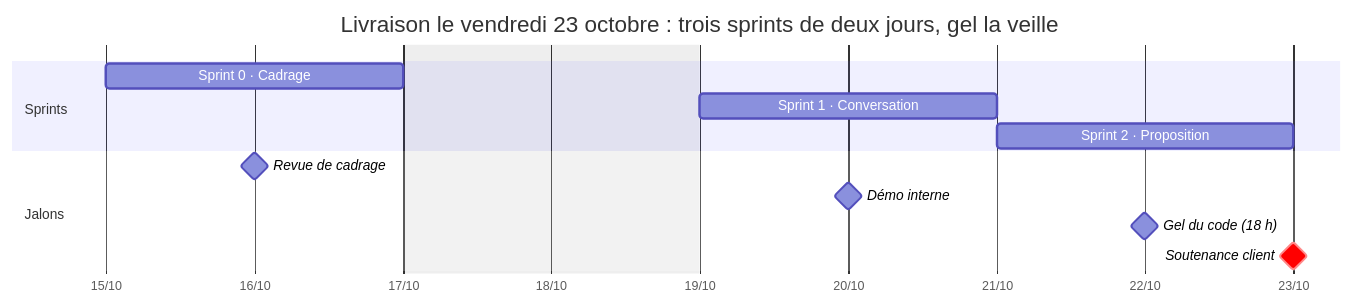
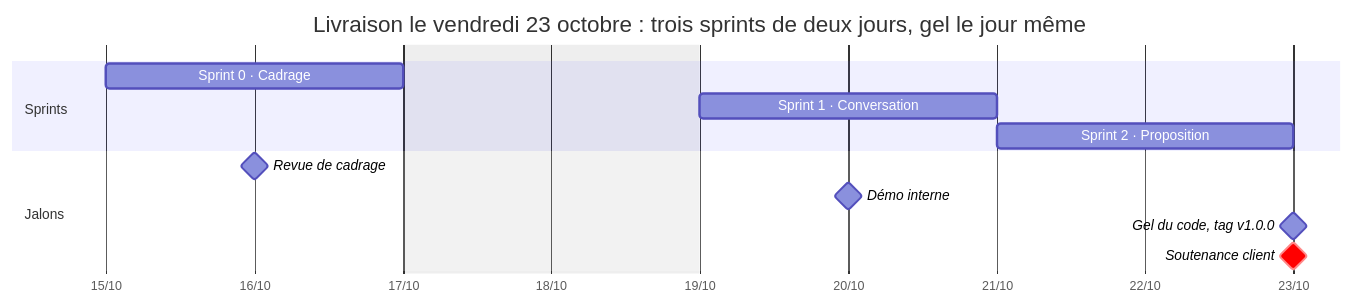
Before and after one commit to KJovene/ShortCut: the third of 3 diagrams in cahier-des-charges.md, drawn with Mermaid. The commit also changed other lines of this file and 20 other files, not shown here.

First line of the commit message:
Gel de la v1.0.0 : documentation à jour, tests et formatage corrigés

````diff
--- a/cahier-des-charges.md
+++ b/cahier-des-charges.md
@@ -387,16 +393,16 @@
 ```mermaid
 gantt
-    title Livraison le vendredi 23 octobre : trois sprints de deux jours, gel la veille
+    title Livraison le vendredi 23 octobre : trois sprints de deux jours, gel le jour même
     dateFormat YYYY-MM-DD
     axisFormat %d/%m
     excludes weekends
     section Sprints
     Sprint 0 · Cadrage            :s0, 2026-10-15, 2d
     Sprint 1 · Conversation       :s1, 2026-10-19, 2d
     Sprint 2 · Proposition        :s2, 2026-10-21, 2d
     section Jalons
     Revue de cadrage              :milestone, 2026-10-16, 0d
     Démo interne                  :milestone, 2026-10-20, 0d
-    Gel du code (18 h)            :milestone, 2026-10-22, 0d
+    Gel du code, tag v1.0.0       :milestone, 2026-10-23, 0d
     Soutenance client             :crit, milestone, 2026-10-23, 0d
 ```
````
